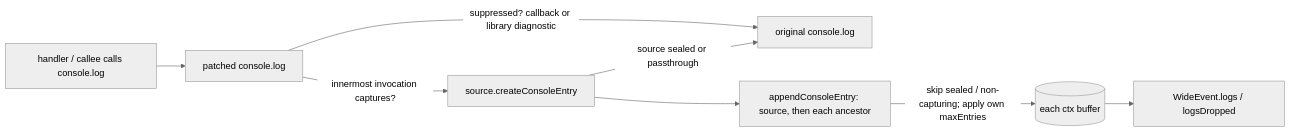
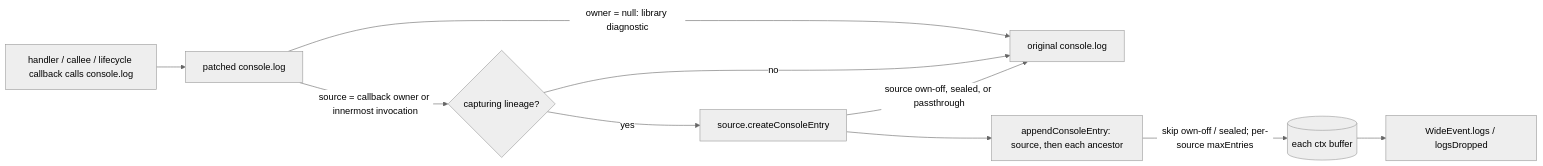
One commit to AlexMason/observed-js changed the diagram in docs/plans/20261121-9-console-capture.md. Above: the diagram before and after it, drawn with Mermaid (neutral theme). The commit also changed other lines of this file, not shown here.

Commit message:
docs: revise plan for #9 — default-on capture, per-source limits, lifecycle callbacks

````diff
--- a/docs/plans/20261121-9-console-capture.md
+++ b/docs/plans/20261121-9-console-capture.md
@@ -191,10 +215,12 @@
 ```mermaid
 flowchart LR
-  H[handler / callee calls console.log] --> W[patched console.log]
-  W -->|suppressed? callback or library diagnostic| O[original console.log]
-  W -->|innermost invocation captures?| C[source.createConsoleEntry]
-  C --> R[appendConsoleEntry: source, then each ancestor]
-  R -->|skip sealed / non-capturing; apply own maxEntries| B[(each ctx buffer)]
-  C -->|source sealed or passthrough| O
-  B --> E[WideEvent.logs / logsDropped]
+  H[handler / callee / lifecycle callback calls console.log] --> W[patched console.log]
+  W -->|owner = null: library diagnostic| O[original console.log]
+  W -->|source = callback owner or innermost invocation| C{capturing lineage?}
+  C -->|no| O
+  C -->|yes| E[source.createConsoleEntry]
+  E --> A[appendConsoleEntry: source, then each ancestor]
+  A -->|skip own-off / sealed; per-source maxEntries| B[(each ctx buffer)]
+  E -->|source own-off, sealed, or passthrough| O
+  B --> V[WideEvent.logs / logsDropped]
 ```
````
